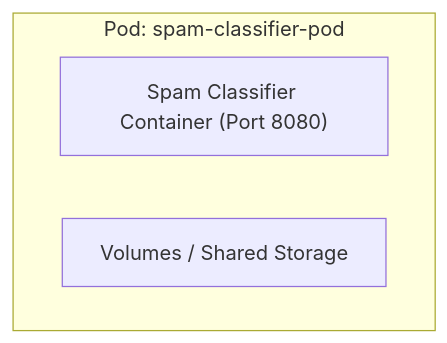
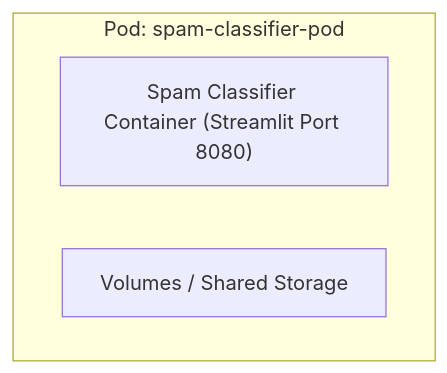
One commit to iportilla/5350-mlops changed the first of 5 diagrams in docker/kubernetes/intro_kubernetes.md. Above: the diagram before and after it, drawn with Mermaid. The commit also changed other lines of this file and 2 other files, not shown here.

````diff
--- a/docker/kubernetes/intro_kubernetes.md
+++ b/docker/kubernetes/intro_kubernetes.md
@@ -21,7 +21,7 @@
 ```mermaid
 flowchart TD
     subgraph Pod ["Pod: spam-classifier-pod"]
-        C1["Spam Classifier Container (Port 8080)"]
+        C1["Spam Classifier Container (Streamlit Port 8080)"]
         D1["Volumes / Shared Storage"]
     end
 ```
````
